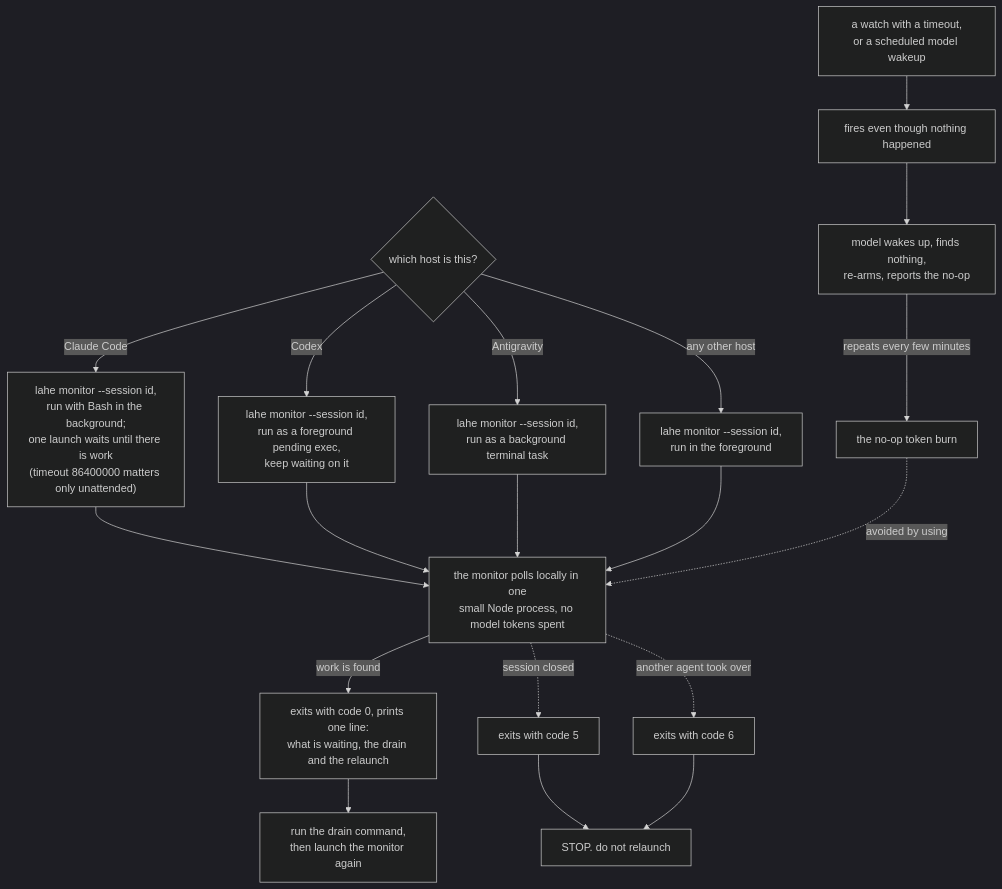
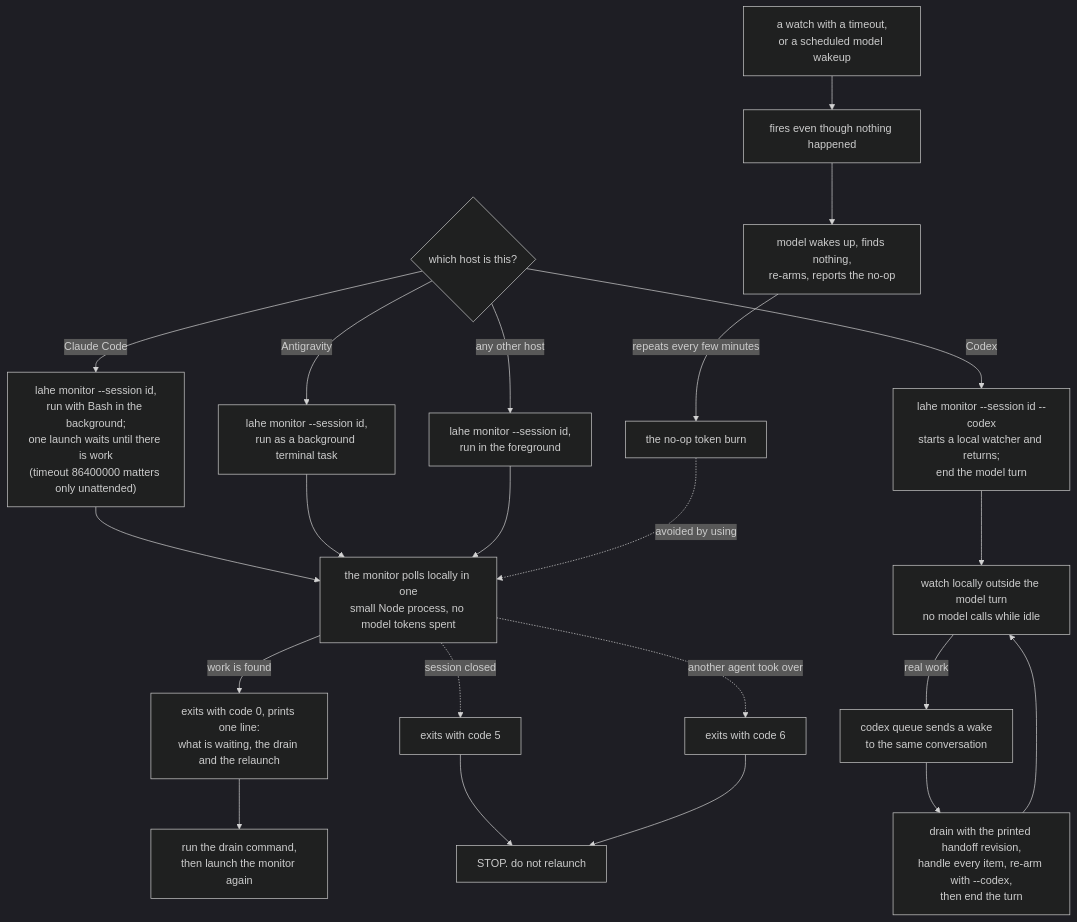
One commit to kenxle/live-agentic-html-editor changed the second of 3 diagrams in docs/diagrams/agent_workflow.md. Above: the diagram before and after it, drawn with Mermaid (dark theme). The commit also changed other lines of this file and 22 other files, not shown here.

Commit message:
Queue Codex review feedback outside active turns

````diff
--- a/docs/diagrams/agent_workflow.md
+++ b/docs/diagrams/agent_workflow.md
@@ -35,25 +35,28 @@
 ```mermaid
 flowchart TD
     Host{"which host is this?"}
     Host -->|"Claude Code"| CC["lahe monitor --session id,<br/>run with Bash in the background;<br/>one launch waits until there is work<br/>(timeout 86400000 matters only unattended)"]
-    Host -->|"Codex"| Cx["lahe monitor --session id,<br/>run as a foreground pending exec,<br/>keep waiting on it"]
+    Host -->|"Codex"| Cx["lahe monitor --session id --codex<br/>starts a local watcher and returns;<br/>end the model turn"]
     Host -->|"Antigravity"| AG["lahe monitor --session id,<br/>run as a background terminal task"]
     Host -->|"any other host"| Oth["lahe monitor --session id,<br/>run in the foreground"]
 
-    CC --> LocalPoll
-    Cx --> LocalPoll["the monitor polls locally in one<br/>small Node process, no model tokens spent"]
+    Cx --> CxPoll["watch locally outside the model turn<br/>no model calls while idle"]
+    CxPoll -->|"real work"| Queue["codex queue sends a wake<br/>to the same conversation"]
+    Queue --> CxDrain["drain with the printed handoff revision,<br/>handle every item, re-arm with --codex,<br/>then end the turn"]
+    CxDrain --> CxPoll
+    CC --> LocalPoll["the monitor polls locally in one<br/>small Node process, no model tokens spent"]
     AG --> LocalPoll
     Oth --> LocalPoll
     LocalPoll -->|"work is found"| Exit0["exits with code 0, prints one line:<br/>what is waiting, the drain and the relaunch"]
     Exit0 --> Drain1["run the drain command,<br/>then launch the monitor again"]
 
     LocalPoll -.->|"session closed"| Exit5["exits with code 5"]
     LocalPoll -.->|"another agent took over"| Exit6["exits with code 6"]
     Exit5 --> Stop["STOP. do not relaunch"]
     Exit6 --> Stop
 
     Danger["a watch with a timeout,<br/>or a scheduled model wakeup"] --> Timeout["fires even though nothing happened"]
     Timeout --> Relaunch["model wakes up, finds nothing,<br/>re-arms, reports the no-op"]
     Relaunch -->|"repeats every few minutes"| NoOp["the no-op token burn"]
     NoOp -.->|"avoided by using"| LocalPoll
 ```
````
